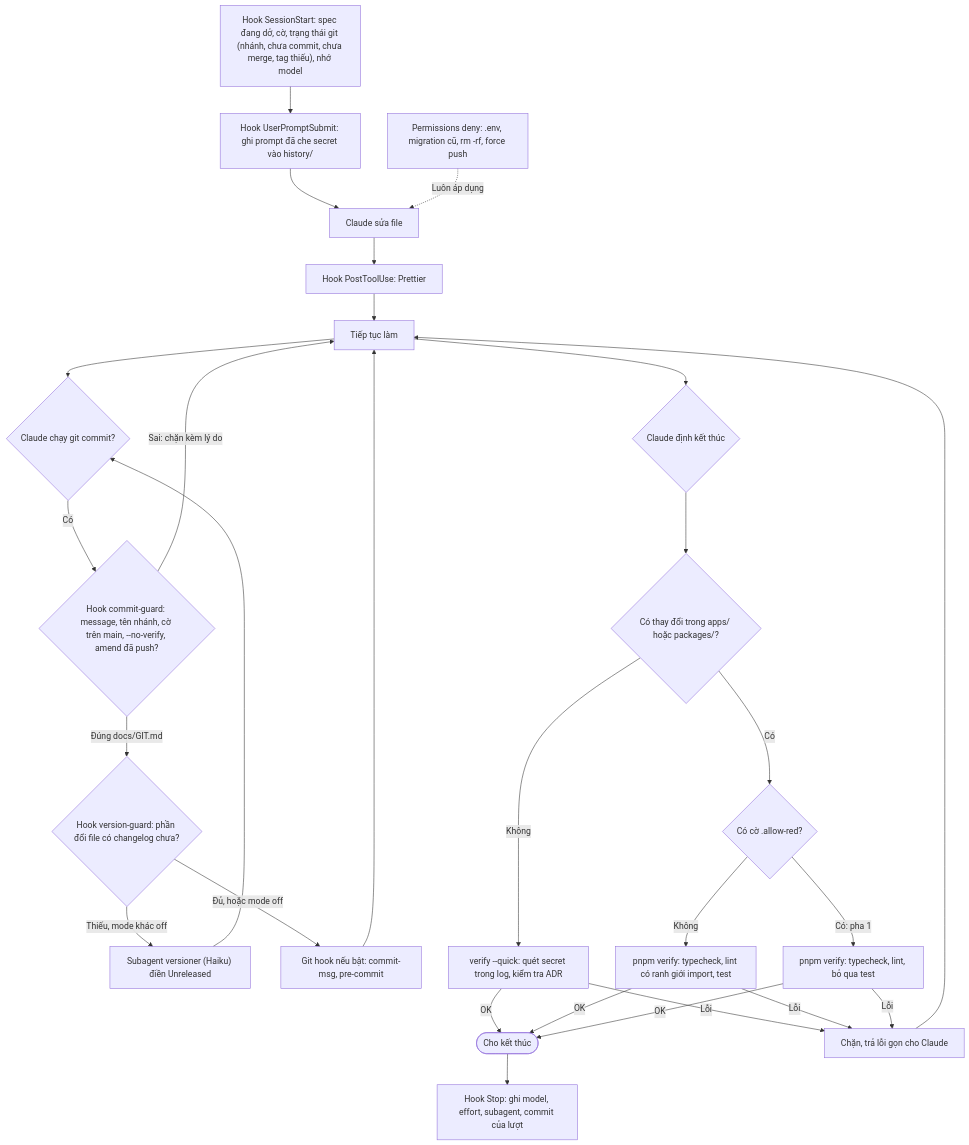
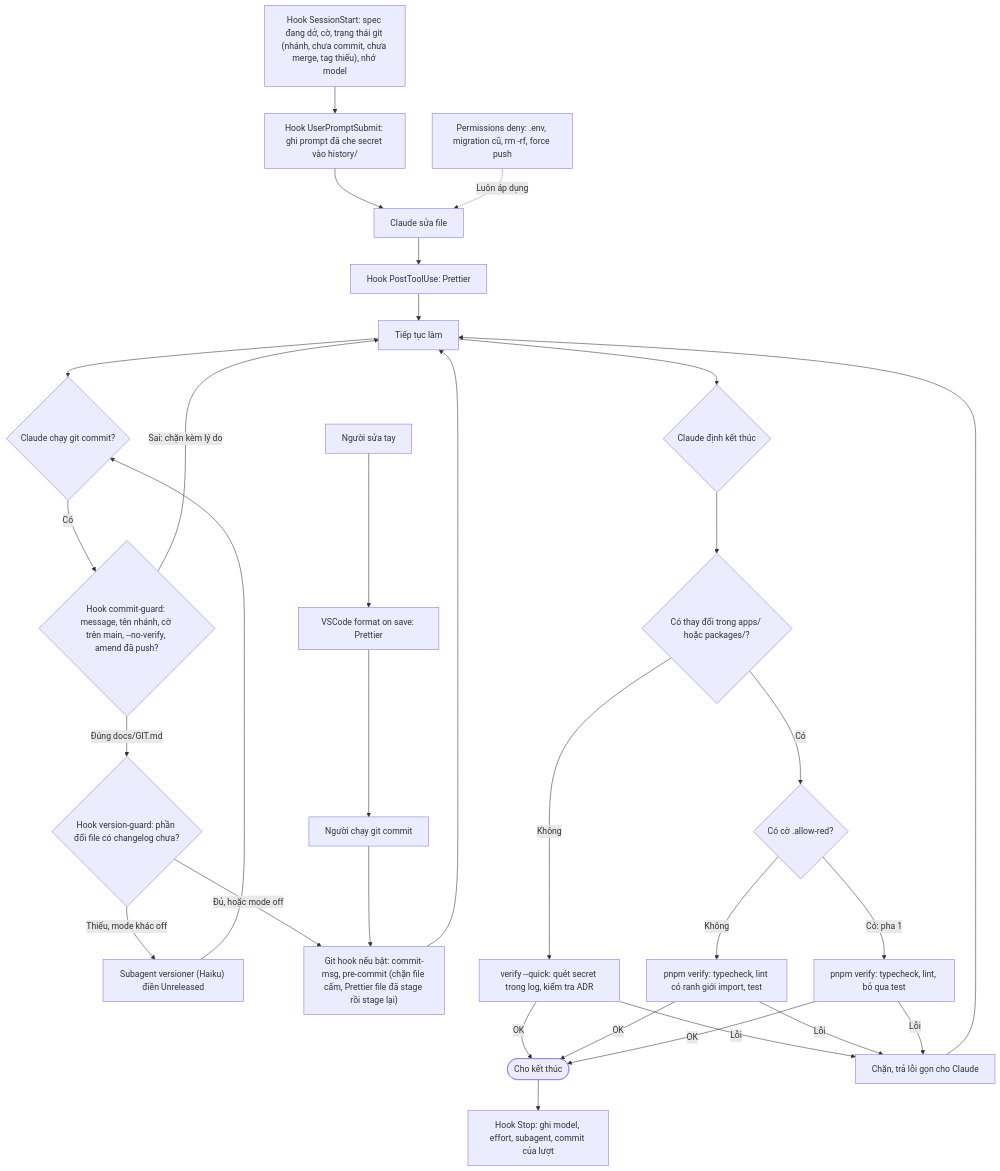
The second of 4 diagrams in docs/WORKFLOW.md (trantrong810-bz/claude-starter), drawn with Mermaid before and after one commit. The commit also changed 10 other files, not shown here.

Commit message:
chore: auto-format staged files in pre-commit hook

````diff
--- a/docs/WORKFLOW.md
+++ b/docs/WORKFLOW.md
@@ -77,31 +77,34 @@
 ```mermaid
 flowchart TD
     SS["Hook SessionStart: spec đang dở, cờ, trạng thái git (nhánh, chưa commit, chưa merge, tag thiếu), nhớ model"] --> PROMPT
     PROMPT["Hook UserPromptSubmit: ghi prompt đã che secret vào history/"] --> EDIT
     EDIT["Claude sửa file"] --> FMT["Hook PostToolUse: Prettier"]
     FMT --> WORK["Tiếp tục làm"]
     WORK --> COMMIT{"Claude chạy git commit?"}
     COMMIT -->|"Có"| CGUARD{"Hook commit-guard: message, tên nhánh, cờ trên main, --no-verify, amend đã push?"}
     CGUARD -->|"Sai: chặn kèm lý do"| WORK
     CGUARD -->|"Đúng docs/GIT.md"| GUARD{"Hook version-guard: phần đổi file có changelog chưa?"}
     GUARD -->|"Thiếu, mode khác off"| VERS["Subagent versioner (Haiku) điền Unreleased"]
     VERS --> COMMIT
-    GUARD -->|"Đủ, hoặc mode off"| GITHOOK["Git hook nếu bật: commit-msg, pre-commit"]
+    GUARD -->|"Đủ, hoặc mode off"| GITHOOK["Git hook nếu bật: commit-msg, pre-commit (chặn file cấm, Prettier file đã stage rồi stage lại)"]
     GITHOOK --> WORK
+    HUMAN["Người sửa tay"] --> SAVE["VSCode format on save: Prettier"]
+    SAVE --> HCOMMIT["Người chạy git commit"]
+    HCOMMIT --> GITHOOK
     WORK --> STOP{"Claude định kết thúc"}
     STOP --> DIFF{"Có thay đổi trong apps/ hoặc packages/?"}
     DIFF -->|"Không"| QUICK["verify --quick: quét secret trong log, kiểm tra ADR"]
     QUICK -->|"OK"| END(["Cho kết thúc"])
     QUICK -->|"Lỗi"| BLOCK
     DIFF -->|"Có"| FLAG{"Có cờ .allow-red?"}
     FLAG -->|"Không"| VERIFY["pnpm verify: typecheck, lint có ranh giới import, test"]
     FLAG -->|"Có: pha 1"| VERIFYP1["pnpm verify: typecheck, lint, bỏ qua test"]
     VERIFY -->|"OK"| END
     VERIFYP1 -->|"OK"| END
     VERIFY -->|"Lỗi"| BLOCK["Chặn, trả lỗi gọn cho Claude"]
     VERIFYP1 -->|"Lỗi"| BLOCK
     BLOCK --> WORK
     END --> LOGM["Hook Stop: ghi model, effort, subagent, commit của lượt"]
 
     PERM["Permissions deny: .env, migration cũ, rm -rf, force push"] -.->|"Luôn áp dụng"| EDIT
 ```
````
